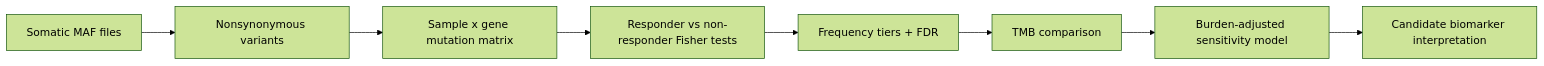
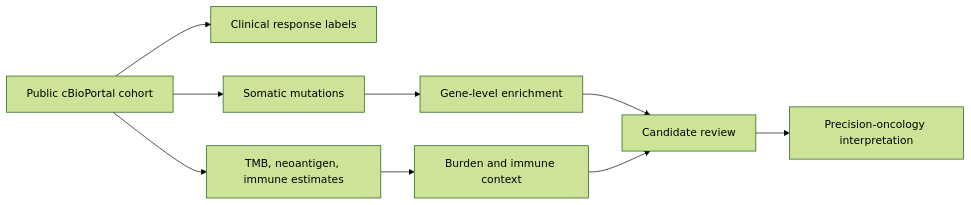
Before and after one commit to Caffeinated-Code/Precision_Oncology: the diagram in README.md, drawn with Mermaid (forest theme). The commit also changed other lines of this file and 22 other files, not shown here.

````diff
--- a/README.md
+++ b/README.md
@@ -37,10 +27,11 @@
 ```mermaid
 flowchart LR
-    A["Somatic MAF files"] --> B["Nonsynonymous variants"]
-    B --> C["Sample x gene mutation matrix"]
-    C --> D["Responder vs non-responder Fisher tests"]
-    D --> E["Frequency tiers + FDR"]
-    E --> F["TMB comparison"]
-    F --> G["Burden-adjusted sensitivity model"]
-    G --> H["Candidate biomarker interpretation"]
+    A["Public cBioPortal cohort"] --> B["Clinical response labels"]
+    A --> C["Somatic mutations"]
+    A --> D["TMB, neoantigen, immune estimates"]
+    C --> E["Gene-level enrichment"]
+    D --> F["Burden and immune context"]
+    E --> G["Candidate review"]
+    F --> G
+    G --> H["Precision-oncology interpretation"]
 ```
````
